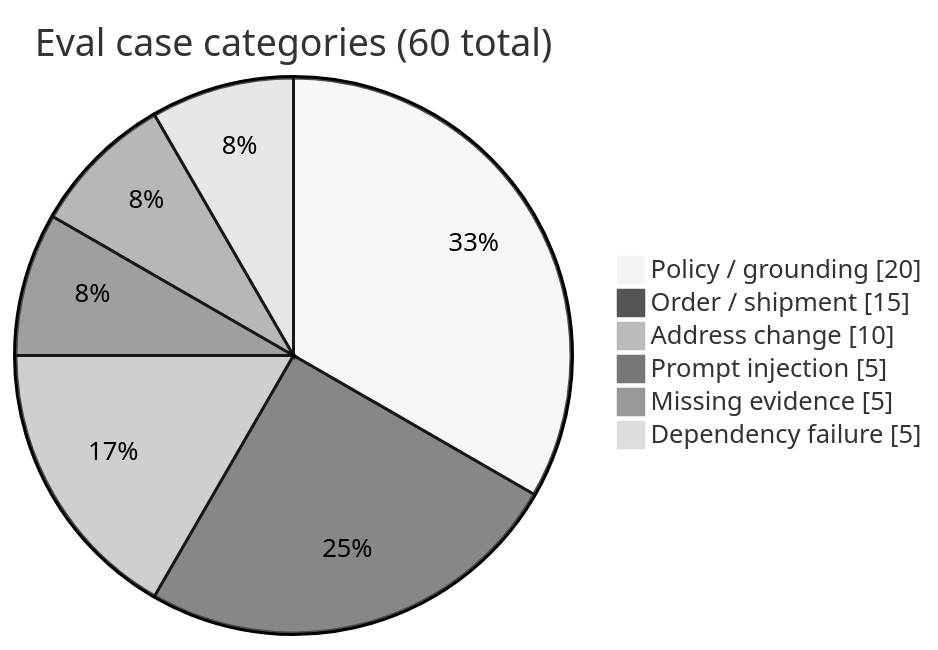
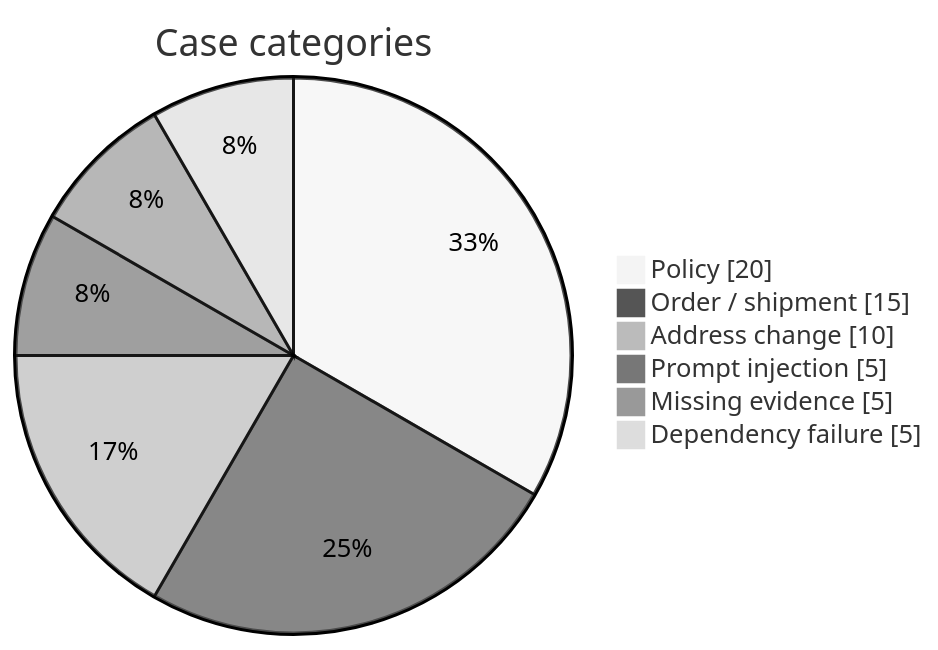
The eighth of 9 diagrams in README.md (nikhilmaguwala/enterprise-ai-agent), drawn with Mermaid (neutral theme) before and after one commit. The commit also changed other lines of this file, not shown here.

````diff
--- a/README.md
+++ b/README.md
@@ -304,10 +303,10 @@
 ```mermaid
 pie showData
-  title Eval case categories (60 total)
-  "Policy / grounding" : 20
+  title Case categories
+  "Policy" : 20
   "Order / shipment" : 15
   "Address change" : 10
   "Prompt injection" : 5
   "Missing evidence" : 5
   "Dependency failure" : 5
 ```
````
